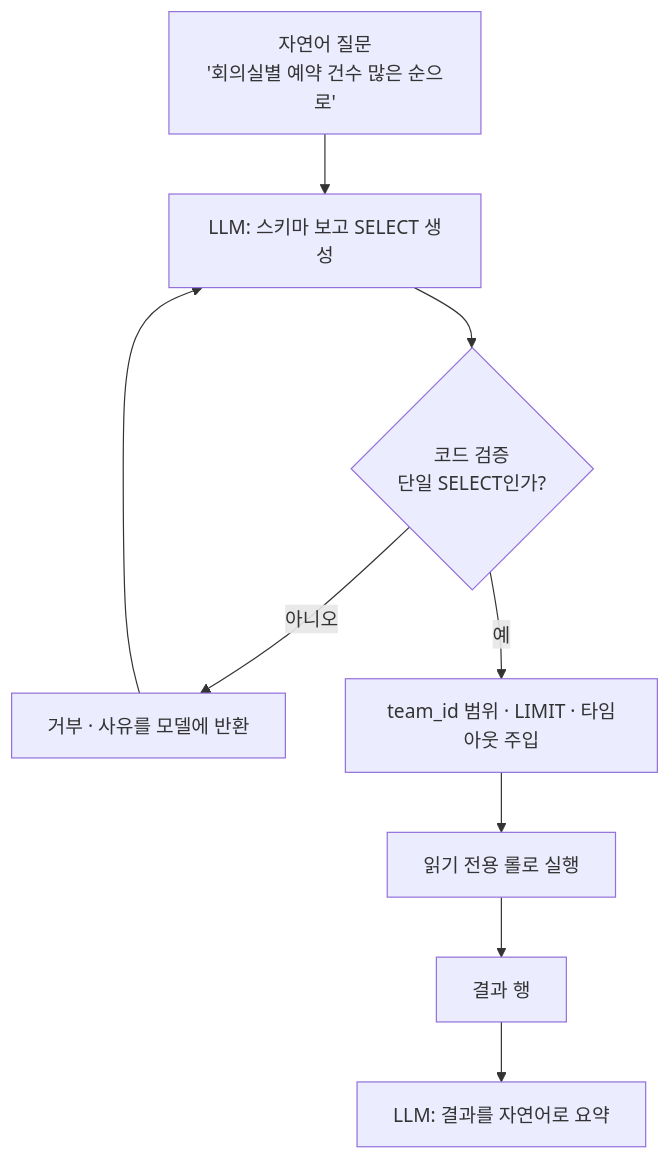
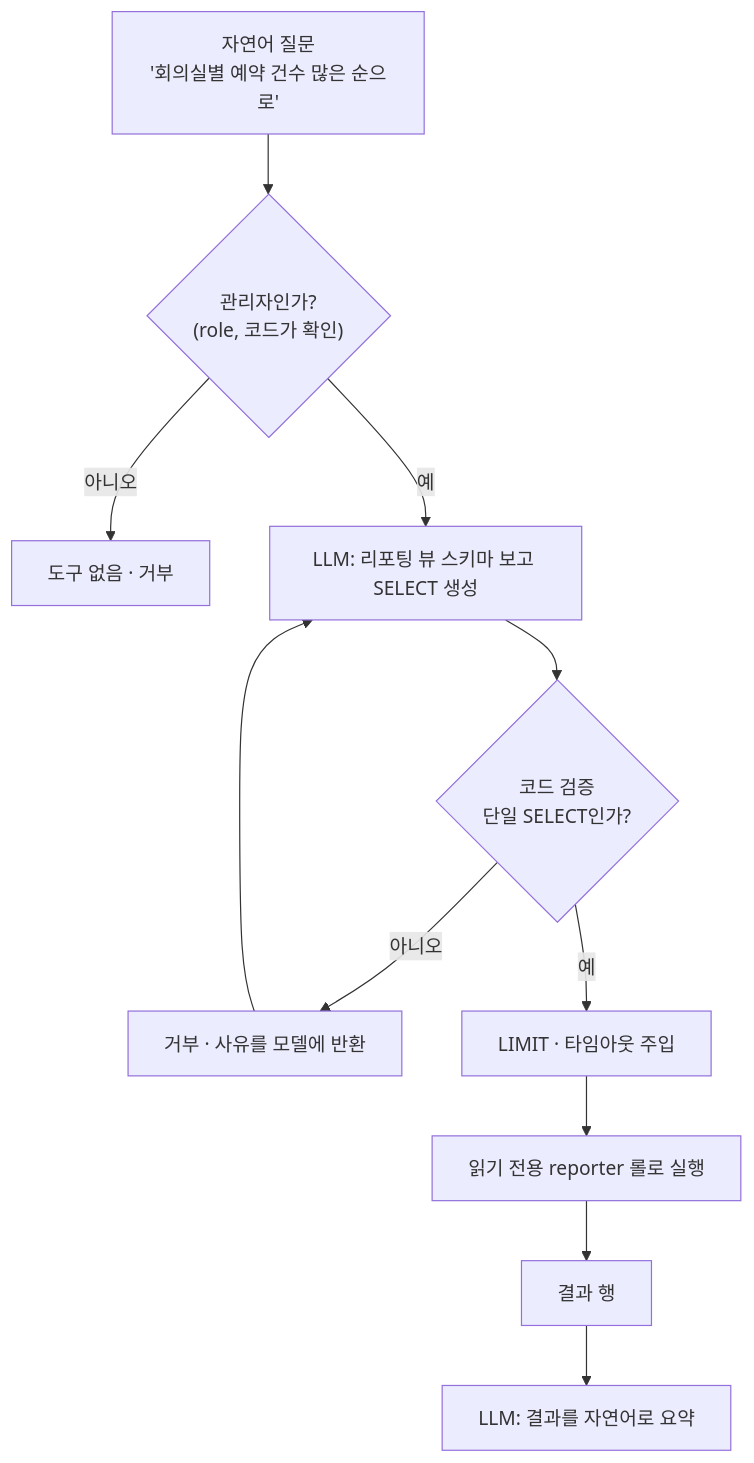
Diagram 12 of 12 in site/src/content/courses/ko/session-02.mdx (2026-ai-service-engineering-a/ai_service_engineering-track_a), drawn with Mermaid before and after one commit. The commit also changed other lines of this file, not shown here.

````diff
--- a/site/src/content/courses/ko/session-02.mdx
+++ b/site/src/content/courses/ko/session-02.mdx
@@ -973,11 +975,13 @@
 ```mermaid
 flowchart TB
-    NL["자연어 질문<br/>'회의실별 예약 건수 많은 순으로'"] --> GEN["LLM: 스키마 보고 SELECT 생성"]
+    NL["자연어 질문<br/>'회의실별 예약 건수 많은 순으로'"] --> ADM{"관리자인가?<br/>(role, 코드가 확인)"}
+    ADM -- "아니오" --> DENY["도구 없음 · 거부"]
+    ADM -- "예" --> GEN["LLM: 리포팅 뷰 스키마 보고 SELECT 생성"]
     GEN --> V{"코드 검증<br/>단일 SELECT인가?"}
     V -- "아니오" --> REJ["거부 · 사유를 모델에 반환"]
-    V -- "예" --> INJ["team_id 범위 · LIMIT · 타임아웃 주입"]
-    INJ --> RUN["읽기 전용 롤로 실행"]
+    V -- "예" --> INJ["LIMIT · 타임아웃 주입"]
+    INJ --> RUN["읽기 전용 reporter 롤로 실행"]
     RUN --> ROWS["결과 행"]
     ROWS --> SUM["LLM: 결과를 자연어로 요약"]
     REJ --> GEN
 ```
````
